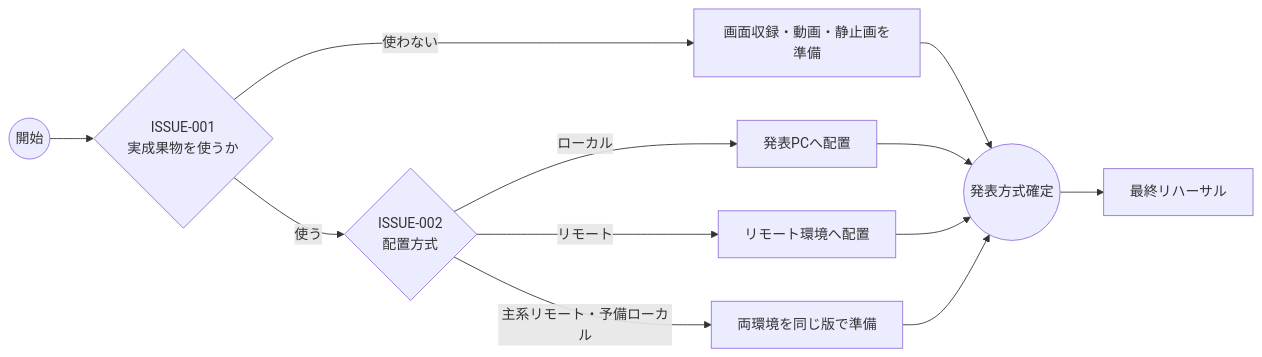
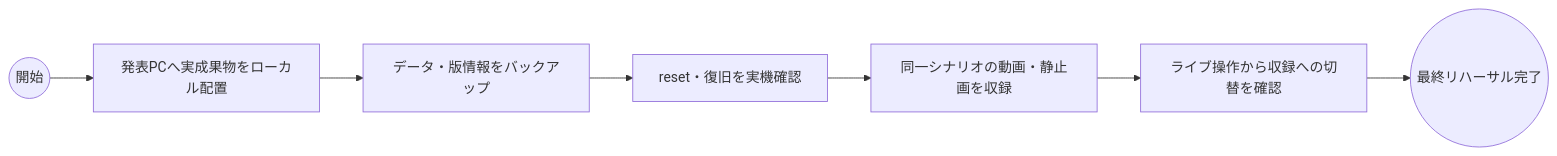
One commit to sakurw/OpenGraffiti changed the second of 2 diagrams in 開発関連/開発計画/アローダイアグラム.md. Above: the diagram before and after it, drawn with Mermaid. The commit also changed other lines of this file and 19270 other files, not shown here.

````diff
--- a/開発関連/開発計画/アローダイアグラム.md
+++ b/開発関連/開発計画/アローダイアグラム.md
@@ -143,14 +145,9 @@
 ```mermaid
 flowchart LR
-    P0((開始)) --> Q1{ISSUE-001<br/>実成果物を使うか}
-    Q1 -->|使わない| R1[画面収録・動画・静止画を準備]
-    Q1 -->|使う| Q2{ISSUE-002<br/>配置方式}
-    Q2 -->|ローカル| R2[発表PCへ配置]
-    Q2 -->|リモート| R3[リモート環境へ配置]
-    Q2 -->|主系リモート・予備ローカル| R4[両環境を同じ版で準備]
-    R1 --> P1((発表方式確定))
-    R2 --> P1
-    R3 --> P1
-    R4 --> P1
-    P1 --> P2[最終リハーサル]
+    P0((開始)) --> R1[発表PCへ実成果物をローカル配置]
+    R1 --> R2[データ・版情報をバックアップ]
+    R2 --> R3[reset・復旧を実機確認]
+    R3 --> R4[同一シナリオの動画・静止画を収録]
+    R4 --> R5[ライブ操作から収録への切替を確認]
+    R5 --> P1((最終リハーサル完了))
 ```
````
